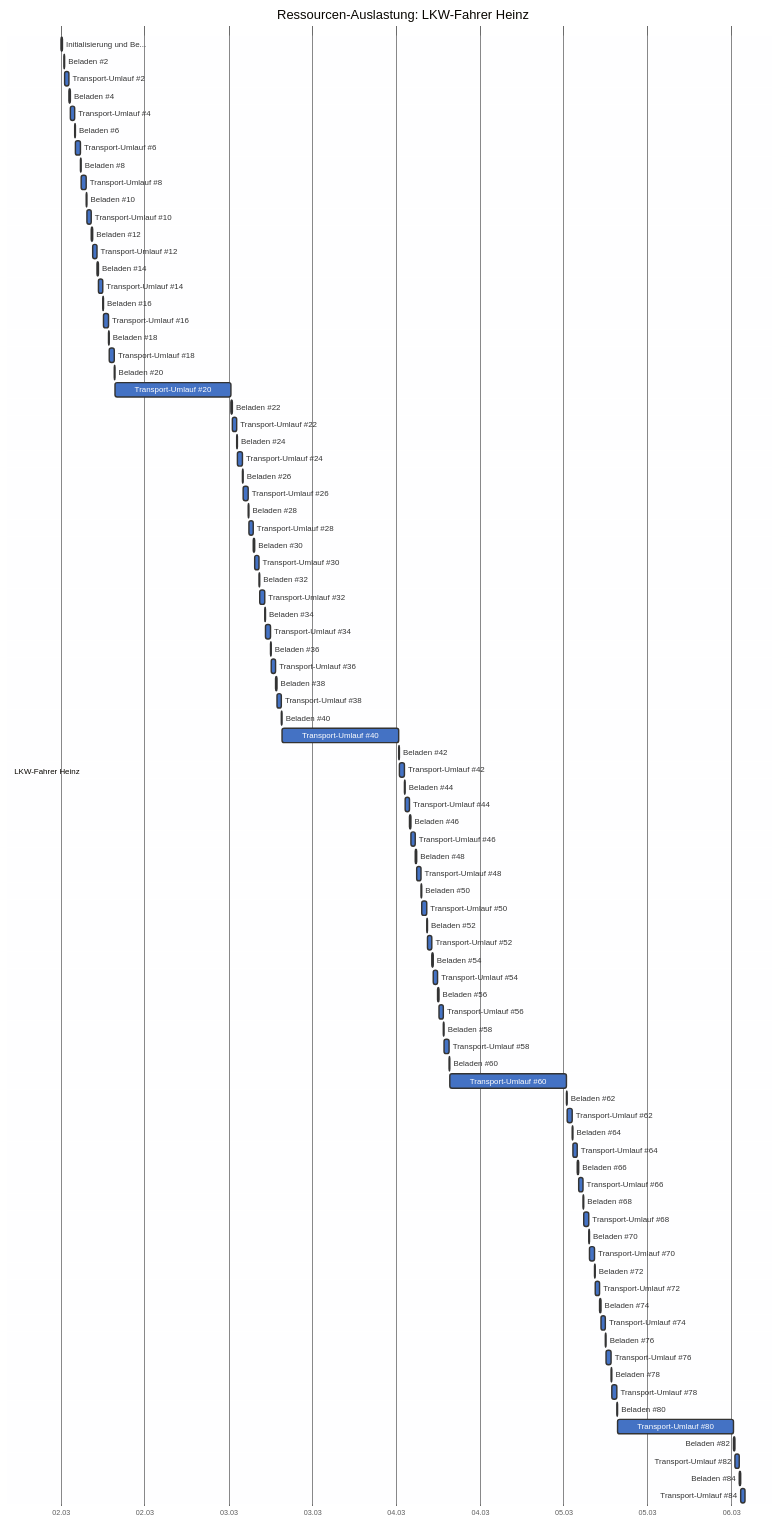
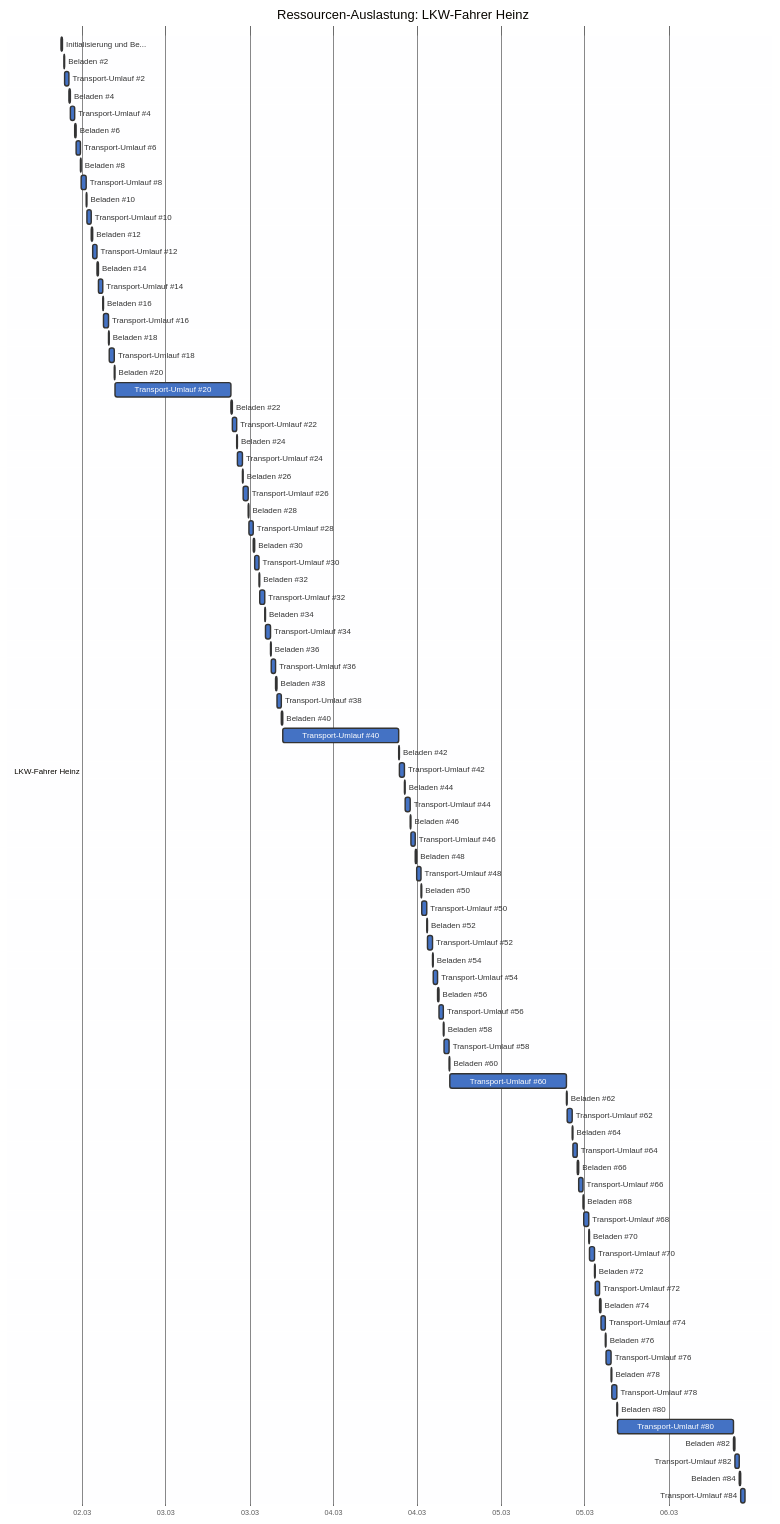
Before and after one commit to mistamichael/sproject: the seventh of 8 diagrams in tests/golden/erdaushub.md, drawn with Mermaid. The commit also changed other lines of this file and 34 other files, not shown here.

````diff
--- a/tests/golden/erdaushub.md
+++ b/tests/golden/erdaushub.md
@@ -1310,89 +1310,89 @@
 
     section LKW-Fahrer Heinz
 
-    Initialisierung und Be...   :t0, 2026-03-02 00:00, 2026-03-02 00:15
-    Beladen #2                  :t1, 2026-03-02 00:23, 2026-03-02 00:30
-    Transport-Umlauf #2         :t2, 2026-03-02 00:30, 2026-03-02 01:10
-    Beladen #4                  :t3, 2026-03-02 01:10, 2026-03-02 01:18
-    Transport-Umlauf #4         :t4, 2026-03-02 01:18, 2026-03-02 01:58
-    Beladen #6                  :t5, 2026-03-02 01:58, 2026-03-02 02:06
-    Transport-Umlauf #6         :t6, 2026-03-02 02:06, 2026-03-02 02:46
-    Beladen #8                  :t7, 2026-03-02 02:46, 2026-03-02 02:54
-    Transport-Umlauf #8         :t8, 2026-03-02 02:54, 2026-03-02 03:34
-    Beladen #10                 :t9, 2026-03-02 03:34, 2026-03-02 03:42
-    Transport-Umlauf #10        :t10, 2026-03-02 03:42, 2026-03-02 04:23
-    Beladen #12                 :t11, 2026-03-02 04:23, 2026-03-02 04:31
-    Transport-Umlauf #12        :t12, 2026-03-02 04:31, 2026-03-02 05:11
-    Beladen #14                 :t13, 2026-03-02 05:11, 2026-03-02 05:19
-    Transport-Umlauf #14        :t14, 2026-03-02 05:19, 2026-03-02 05:59
-    Beladen #16                 :t15, 2026-03-02 05:59, 2026-03-02 06:07
-    Transport-Umlauf #16        :t16, 2026-03-02 06:07, 2026-03-02 06:47
-    Beladen #18                 :t17, 2026-03-02 06:47, 2026-03-02 06:55
-    Transport-Umlauf #18        :t18, 2026-03-02 06:55, 2026-03-02 07:35
-    Beladen #20                 :t19, 2026-03-02 07:35, 2026-03-02 07:43
-    Transport-Umlauf #20        :t20, 2026-03-02 07:43, 2026-03-03 00:23
-    Beladen #22                 :t21, 2026-03-03 00:23, 2026-03-03 00:31
-    Transport-Umlauf #22        :t22, 2026-03-03 00:31, 2026-03-03 01:11
-    Beladen #24                 :t23, 2026-03-03 01:11, 2026-03-03 01:19
-    Transport-Umlauf #24        :t24, 2026-03-03 01:19, 2026-03-03 01:59
-    Beladen #26                 :t25, 2026-03-03 01:59, 2026-03-03 02:06
-    Transport-Umlauf #26        :t26, 2026-03-03 02:06, 2026-03-03 02:46
-    Beladen #28                 :t27, 2026-03-03 02:46, 2026-03-03 02:54
-    Transport-Umlauf #28        :t28, 2026-03-03 02:54, 2026-03-03 03:34
-    Beladen #30                 :t29, 2026-03-03 03:34, 2026-03-03 03:42
-    Transport-Umlauf #30        :t30, 2026-03-03 03:42, 2026-03-03 04:22
-    Beladen #32                 :t31, 2026-03-03 04:22, 2026-03-03 04:30
-    Transport-Umlauf #32        :t32, 2026-03-03 04:30, 2026-03-03 05:10
-    Beladen #34                 :t33, 2026-03-03 05:10, 2026-03-03 05:18
-    Transport-Umlauf #34        :t34, 2026-03-03 05:18, 2026-03-03 05:58
-    Beladen #36                 :t35, 2026-03-03 05:58, 2026-03-03 06:06
-    Transport-Umlauf #36        :t36, 2026-03-03 06:06, 2026-03-03 06:46
-    Beladen #38                 :t37, 2026-03-03 06:46, 2026-03-03 06:54
-    Transport-Umlauf #38        :t38, 2026-03-03 06:54, 2026-03-03 07:34
-    Beladen #40                 :t39, 2026-03-03 07:34, 2026-03-03 07:42
-    Transport-Umlauf #40        :t40, 2026-03-03 07:42, 2026-03-04 00:22
-    Beladen #42                 :t41, 2026-03-04 00:22, 2026-03-04 00:30
-    Transport-Umlauf #42        :t42, 2026-03-04 00:30, 2026-03-04 01:10
-    Beladen #44                 :t43, 2026-03-04 01:10, 2026-03-04 01:18
-    Transport-Umlauf #44        :t44, 2026-03-04 01:18, 2026-03-04 01:58
-    Beladen #46                 :t45, 2026-03-04 01:58, 2026-03-04 02:06
-    Transport-Umlauf #46        :t46, 2026-03-04 02:06, 2026-03-04 02:46
-    Beladen #48                 :t47, 2026-03-04 02:46, 2026-03-04 02:54
-    Transport-Umlauf #48        :t48, 2026-03-04 02:54, 2026-03-04 03:34
-    Beladen #50                 :t49, 2026-03-04 03:34, 2026-03-04 03:42
-    Transport-Umlauf #50        :t50, 2026-03-04 03:42, 2026-03-04 04:22
-    Beladen #52                 :t51, 2026-03-04 04:22, 2026-03-04 04:30
-    Transport-Umlauf #52        :t52, 2026-03-04 04:30, 2026-03-04 05:10
-    Beladen #54                 :t53, 2026-03-04 05:10, 2026-03-04 05:18
-    Transport-Umlauf #54        :t54, 2026-03-04 05:18, 2026-03-04 05:58
-    Beladen #56                 :t55, 2026-03-04 05:58, 2026-03-04 06:06
-    Transport-Umlauf #56        :t56, 2026-03-04 06:06, 2026-03-04 06:47
-    Beladen #58                 :t57, 2026-03-04 06:47, 2026-03-04 06:54
-    Transport-Umlauf #58        :t58, 2026-03-04 06:54, 2026-03-04 07:35
-    Beladen #60                 :t59, 2026-03-04 07:35, 2026-03-04 07:43
-    Transport-Umlauf #60        :t60, 2026-03-04 07:43, 2026-03-05 00:23
-    Beladen #62                 :t61, 2026-03-05 00:23, 2026-03-05 00:31
-    Transport-Umlauf #62        :t62, 2026-03-05 00:31, 2026-03-05 01:11
-    Beladen #64                 :t63, 2026-03-05 01:11, 2026-03-05 01:19
-    Transport-Umlauf #64        :t64, 2026-03-05 01:19, 2026-03-05 01:59
-    Beladen #66                 :t65, 2026-03-05 01:59, 2026-03-05 02:07
-    Transport-Umlauf #66        :t66, 2026-03-05 02:07, 2026-03-05 02:47
-    Beladen #68                 :t67, 2026-03-05 02:47, 2026-03-05 02:55
-    Transport-Umlauf #68        :t68, 2026-03-05 02:55, 2026-03-05 03:35
-    Beladen #70                 :t69, 2026-03-05 03:35, 2026-03-05 03:43
-    Transport-Umlauf #70        :t70, 2026-03-05 03:43, 2026-03-05 04:23
-    Beladen #72                 :t71, 2026-03-05 04:23, 2026-03-05 04:31
-    Transport-Umlauf #72        :t72, 2026-03-05 04:31, 2026-03-05 05:11
-    Beladen #74                 :t73, 2026-03-05 05:11, 2026-03-05 05:19
-    Transport-Umlauf #74        :t74, 2026-03-05 05:19, 2026-03-05 05:59
-    Beladen #76                 :t75, 2026-03-05 05:59, 2026-03-05 06:07
-    Transport-Umlauf #76        :t76, 2026-03-05 06:07, 2026-03-05 06:47
-    Beladen #78                 :t77, 2026-03-05 06:47, 2026-03-05 06:55
-    Transport-Umlauf #78        :t78, 2026-03-05 06:55, 2026-03-05 07:35
-    Beladen #80                 :t79, 2026-03-05 07:35, 2026-03-05 07:43
-    Transport-Umlauf #80        :t80, 2026-03-05 07:43, 2026-03-06 00:23
-    Beladen #82                 :t81, 2026-03-06 00:23, 2026-03-06 00:31
-    Transport-Umlauf #82        :t82, 2026-03-06 00:31, 2026-03-06 01:11
-    Beladen #84                 :t83, 2026-03-06 01:11, 2026-03-06 01:19
-    Transport-Umlauf #84        :t84, 2026-03-06 01:19, 2026-03-06 01:59
+    Initialisierung und Be...   :t0, 2026-03-02 09:00, 2026-03-02 09:15
+    Beladen #2                  :t1, 2026-03-02 09:23, 2026-03-02 09:31
+    Transport-Umlauf #2         :t2, 2026-03-02 09:31, 2026-03-02 10:11
+    Beladen #4                  :t3, 2026-03-02 10:11, 2026-03-02 10:19
+    Transport-Umlauf #4         :t4, 2026-03-02 10:19, 2026-03-02 10:59
+    Beladen #6                  :t5, 2026-03-02 10:59, 2026-03-02 11:07
+    Transport-Umlauf #6         :t6, 2026-03-02 11:07, 2026-03-02 11:47
+    Beladen #8                  :t7, 2026-03-02 11:47, 2026-03-02 11:55
+    Transport-Umlauf #8         :t8, 2026-03-02 11:55, 2026-03-02 12:35
+    Beladen #10                 :t9, 2026-03-02 12:35, 2026-03-02 12:43
+    Transport-Umlauf #10        :t10, 2026-03-02 12:43, 2026-03-02 13:23
+    Beladen #12                 :t11, 2026-03-02 13:23, 2026-03-02 13:31
+    Transport-Umlauf #12        :t12, 2026-03-02 13:31, 2026-03-02 14:11
+    Beladen #14                 :t13, 2026-03-02 14:11, 2026-03-02 14:19
+    Transport-Umlauf #14        :t14, 2026-03-02 14:19, 2026-03-02 14:59
+    Beladen #16                 :t15, 2026-03-02 14:59, 2026-03-02 15:07
+    Transport-Umlauf #16        :t16, 2026-03-02 15:07, 2026-03-02 15:47
+    Beladen #18                 :t17, 2026-03-02 15:47, 2026-03-02 15:55
+    Transport-Umlauf #18        :t18, 2026-03-02 15:55, 2026-03-02 16:35
+    Beladen #20                 :t19, 2026-03-02 16:35, 2026-03-02 16:43
+    Transport-Umlauf #20        :t20, 2026-03-02 16:43, 2026-03-03 09:23
+    Beladen #22                 :t21, 2026-03-03 09:23, 2026-03-03 09:31
+    Transport-Umlauf #22        :t22, 2026-03-03 09:31, 2026-03-03 10:11
+    Beladen #24                 :t23, 2026-03-03 10:11, 2026-03-03 10:19
+    Transport-Umlauf #24        :t24, 2026-03-03 10:19, 2026-03-03 10:59
+    Beladen #26                 :t25, 2026-03-03 10:59, 2026-03-03 11:07
+    Transport-Umlauf #26        :t26, 2026-03-03 11:07, 2026-03-03 11:47
+    Beladen #28                 :t27, 2026-03-03 11:47, 2026-03-03 11:55
+    Transport-Umlauf #28        :t28, 2026-03-03 11:55, 2026-03-03 12:35
+    Beladen #30                 :t29, 2026-03-03 12:35, 2026-03-03 12:43
+    Transport-Umlauf #30        :t30, 2026-03-03 12:43, 2026-03-03 13:23
+    Beladen #32                 :t31, 2026-03-03 13:23, 2026-03-03 13:31
+    Transport-Umlauf #32        :t32, 2026-03-03 13:31, 2026-03-03 14:11
+    Beladen #34                 :t33, 2026-03-03 14:11, 2026-03-03 14:19
+    Transport-Umlauf #34        :t34, 2026-03-03 14:19, 2026-03-03 14:59
+    Beladen #36                 :t35, 2026-03-03 14:59, 2026-03-03 15:07
+    Transport-Umlauf #36        :t36, 2026-03-03 15:07, 2026-03-03 15:47
+    Beladen #38                 :t37, 2026-03-03 15:47, 2026-03-03 15:55
+    Transport-Umlauf #38        :t38, 2026-03-03 15:55, 2026-03-03 16:35
+    Beladen #40                 :t39, 2026-03-03 16:35, 2026-03-03 16:43
+    Transport-Umlauf #40        :t40, 2026-03-03 16:43, 2026-03-04 09:23
+    Beladen #42                 :t41, 2026-03-04 09:23, 2026-03-04 09:31
+    Transport-Umlauf #42        :t42, 2026-03-04 09:31, 2026-03-04 10:11
+    Beladen #44                 :t43, 2026-03-04 10:11, 2026-03-04 10:19
+    Transport-Umlauf #44        :t44, 2026-03-04 10:19, 2026-03-04 10:59
+    Beladen #46                 :t45, 2026-03-04 10:59, 2026-03-04 11:07
+    Transport-Umlauf #46        :t46, 2026-03-04 11:07, 2026-03-04 11:47
+    Beladen #48                 :t47, 2026-03-04 11:47, 2026-03-04 11:55
+    Transport-Umlauf #48        :t48, 2026-03-04 11:55, 2026-03-04 12:35
+    Beladen #50                 :t49, 2026-03-04 12:35, 2026-03-04 12:43
+    Transport-Umlauf #50        :t50, 2026-03-04 12:43, 2026-03-04 13:23
+    Beladen #52                 :t51, 2026-03-04 13:23, 2026-03-04 13:31
+    Transport-Umlauf #52        :t52, 2026-03-04 13:31, 2026-03-04 14:11
+    Beladen #54                 :t53, 2026-03-04 14:11, 2026-03-04 14:19
+    Transport-Umlauf #54        :t54, 2026-03-04 14:19, 2026-03-04 14:59
+    Beladen #56                 :t55, 2026-03-04 14:59, 2026-03-04 15:07
+    Transport-Umlauf #56        :t56, 2026-03-04 15:07, 2026-03-04 15:47
+    Beladen #58                 :t57, 2026-03-04 15:47, 2026-03-04 15:55
+    Transport-Umlauf #58        :t58, 2026-03-04 15:55, 2026-03-04 16:35
+    Beladen #60                 :t59, 2026-03-04 16:35, 2026-03-04 16:43
+    Transport-Umlauf #60        :t60, 2026-03-04 16:43, 2026-03-05 09:23
+    Beladen #62                 :t61, 2026-03-05 09:23, 2026-03-05 09:31
+    Transport-Umlauf #62        :t62, 2026-03-05 09:31, 2026-03-05 10:11
+    Beladen #64                 :t63, 2026-03-05 10:11, 2026-03-05 10:19
+    Transport-Umlauf #64        :t64, 2026-03-05 10:19, 2026-03-05 10:59
+    Beladen #66                 :t65, 2026-03-05 10:59, 2026-03-05 11:07
+    Transport-Umlauf #66        :t66, 2026-03-05 11:07, 2026-03-05 11:47
+    Beladen #68                 :t67, 2026-03-05 11:47, 2026-03-05 11:55
+    Transport-Umlauf #68        :t68, 2026-03-05 11:55, 2026-03-05 12:35
+    Beladen #70                 :t69, 2026-03-05 12:35, 2026-03-05 12:43
+    Transport-Umlauf #70        :t70, 2026-03-05 12:43, 2026-03-05 13:23
+    Beladen #72                 :t71, 2026-03-05 13:23, 2026-03-05 13:31
+    Transport-Umlauf #72        :t72, 2026-03-05 13:31, 2026-03-05 14:11
+    Beladen #74                 :t73, 2026-03-05 14:11, 2026-03-05 14:19
+    Transport-Umlauf #74        :t74, 2026-03-05 14:19, 2026-03-05 14:59
+    Beladen #76                 :t75, 2026-03-05 14:59, 2026-03-05 15:07
+    Transport-Umlauf #76        :t76, 2026-03-05 15:07, 2026-03-05 15:47
+    Beladen #78                 :t77, 2026-03-05 15:47, 2026-03-05 15:55
+    Transport-Umlauf #78        :t78, 2026-03-05 15:55, 2026-03-05 16:35
+    Beladen #80                 :t79, 2026-03-05 16:35, 2026-03-05 16:43
+    Transport-Umlauf #80        :t80, 2026-03-05 16:43, 2026-03-06 09:23
+    Beladen #82                 :t81, 2026-03-06 09:23, 2026-03-06 09:31
+    Transport-Umlauf #82        :t82, 2026-03-06 09:31, 2026-03-06 10:11
+    Beladen #84                 :t83, 2026-03-06 10:11, 2026-03-06 10:19
+    Transport-Umlauf #84        :t84, 2026-03-06 10:19, 2026-03-06 10:59
 ```
````
